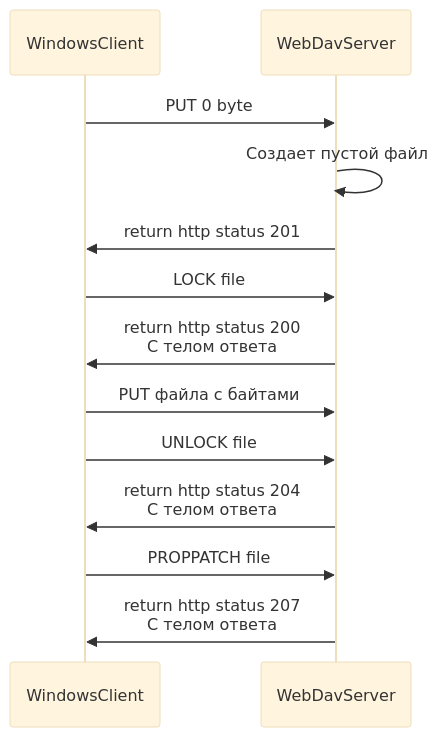
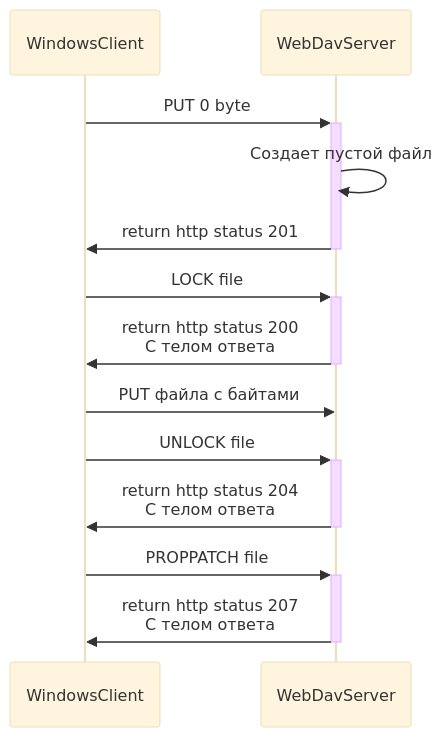
One commit to Alekcei/webdav changed the diagram in docs/ self-signed-certificate.md. Above: the diagram before and after it, drawn with Mermaid (base theme). The commit also changed 5 other files, not shown here.

````diff
--- a/docs/ self-signed-certificate.md
+++ b/docs/ self-signed-certificate.md
@@ -31,13 +31,13 @@
 ```mermaid
 sequenceDiagram
-  WindowsClient->>WebDavServer: PUT 0 byte
+  WindowsClient->>+WebDavServer: PUT 0 byte
   WebDavServer->>WebDavServer: Создает пустой файл
-  WebDavServer->>WindowsClient: return http status 201
-  WindowsClient->>WebDavServer: LOCK file
-  WebDavServer->>WindowsClient: return http status 200<br/>C телом ответа
+  WebDavServer->>-WindowsClient: return http status 201
+  WindowsClient->>+WebDavServer: LOCK file
+  WebDavServer->>-WindowsClient: return http status 200<br/>C телом ответа
   WindowsClient->>WebDavServer: PUT файла с байтами
-  WindowsClient->>WebDavServer: UNLOCK file
-  WebDavServer->>WindowsClient: return http status 204<br/>C телом ответа
-  WindowsClient->>WebDavServer: PROPPATCH file
-  WebDavServer->>WindowsClient: return http status 207<br/>C телом ответа
+  WindowsClient->>+WebDavServer: UNLOCK file
+  WebDavServer->>-WindowsClient: return http status 204<br/>C телом ответа
+  WindowsClient->>+WebDavServer: PROPPATCH file
+  WebDavServer->>-WindowsClient: return http status 207<br/>C телом ответа
 ```
````
